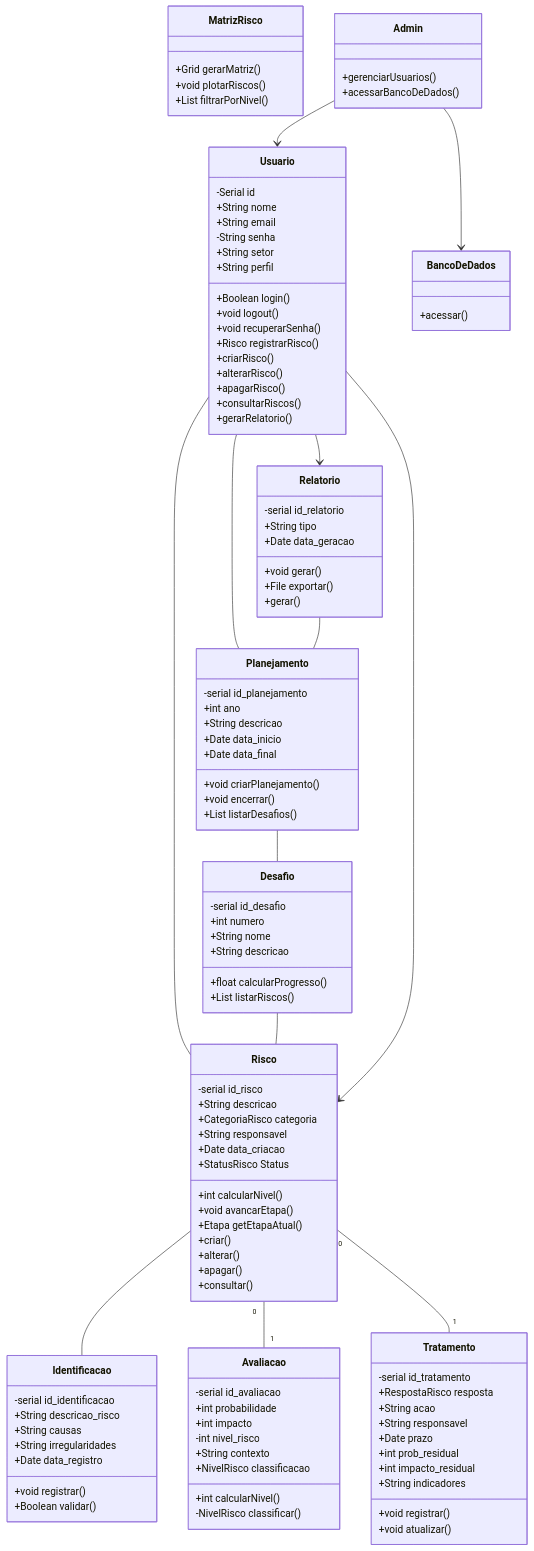
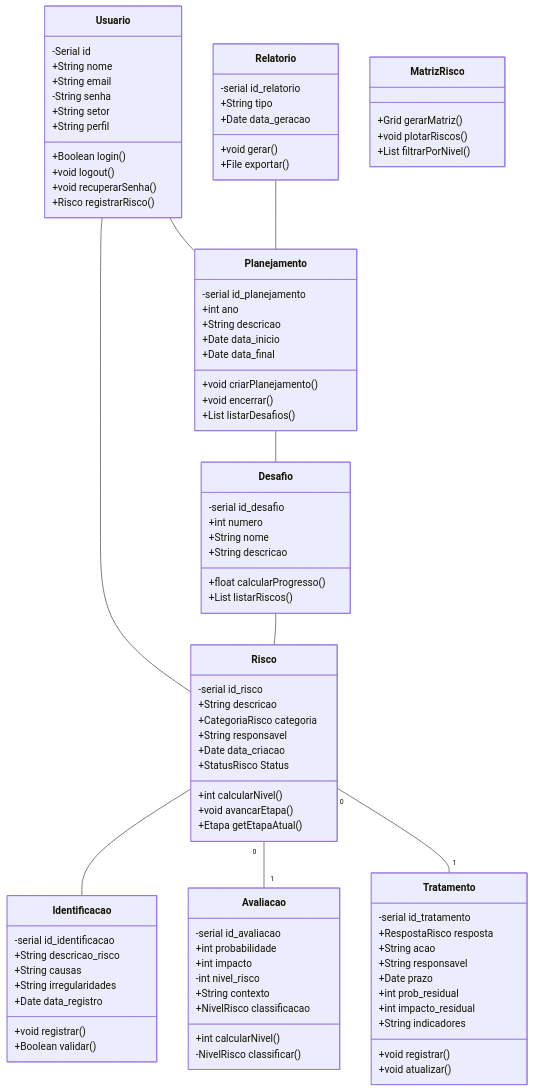
The diagram in README.md (CTISM-Prof-Henry/software-formularios-seriemas-da-internet), drawn with Mermaid before and after one commit.

Commit message:
Add Usuario class snippet to README
Added a code snippet for the Usuario class with methods for risk management.

````diff
--- a/README.md
+++ b/README.md
@@ -127,38 +127,4 @@
 Risco "0" -- "1" Tratamento
 Planejamento -- Desafio
 Relatorio -- Planejamento
-
-class Usuario {
-    +criarRisco()
-    +alterarRisco()
-    +apagarRisco()
-    +consultarRiscos()
-    +gerarRelatorio()
-}
-
-class Admin {
-    +gerenciarUsuarios()
-    +acessarBancoDeDados()
-}
-
-class Risco {
-    +criar()
-    +alterar()
-    +apagar()
-    +consultar()
-}
-
-class Relatorio {
-    +gerar()
-}
-
-class BancoDeDados {
-    +acessar()
-}
-
-Usuario --> Risco
-Usuario --> Relatorio
-
-Admin --> BancoDeDados
-Admin --> Usuario
 ```
````
